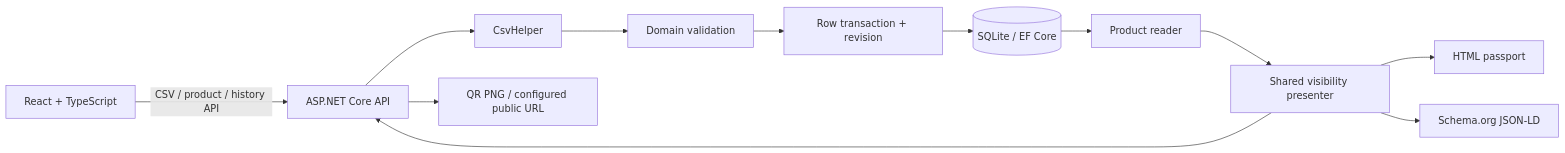
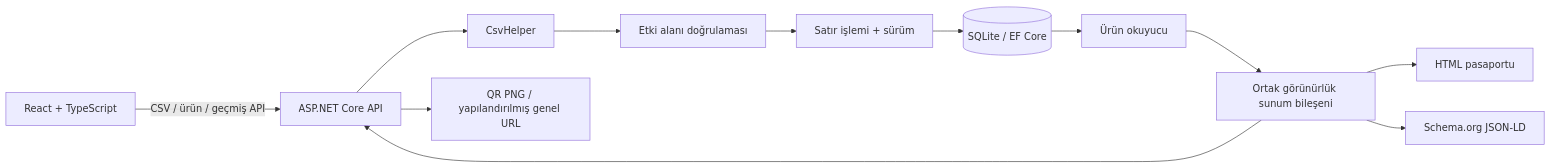
Before and after one commit to GorkemErtas/mini-dpp-platform: the diagram in README.md, drawn with Mermaid. The commit also changed other lines of this file and 3 other files, not shown here.

````diff
--- a/README.md
+++ b/README.md
@@ -100,14 +143,14 @@
 ```mermaid
 flowchart LR
-  UI[React + TypeScript] -->|CSV / product / history API| API[ASP.NET Core API]
-  CSV[CsvHelper] --> Validation[Domain validation]
+  UI[React + TypeScript] -->|CSV / ürün / geçmiş API| API[ASP.NET Core API]
+  CSV[CsvHelper] --> Validation[Etki alanı doğrulaması]
   API --> CSV
-  Validation --> Import[Row transaction + revision]
+  Validation --> Import[Satır işlemi + sürüm]
   Import --> DB[(SQLite / EF Core)]
-  DB --> Reader[Product reader]
-  Reader --> Presenter[Shared visibility presenter]
+  DB --> Reader[Ürün okuyucu]
+  Reader --> Presenter[Ortak görünürlük sunum bileşeni]
   Presenter --> API
-  Presenter --> HTML[HTML passport]
+  Presenter --> HTML[HTML pasaportu]
   Presenter --> LD[Schema.org JSON-LD]
-  API --> QR[QR PNG / configured public URL]
+  API --> QR[QR PNG / yapılandırılmış genel URL]
 ```
````
